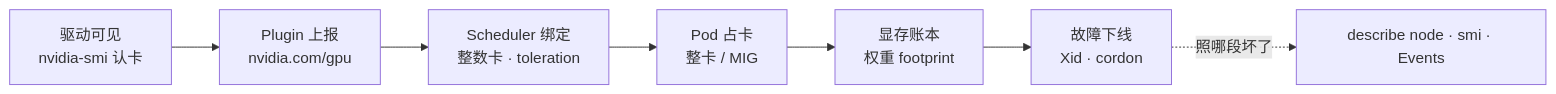
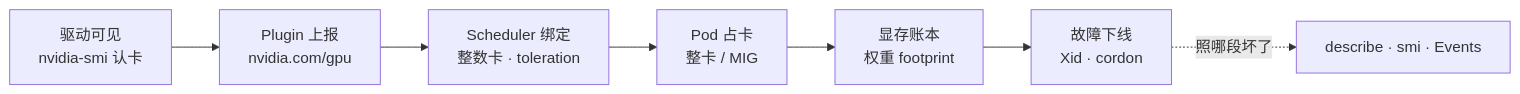
Before and after one commit to ml-cuizijun/LearnToLilith: the first of 7 diagrams in 08-AI与智能运维/08-GPU资源与调度/知识点.md, drawn with Mermaid. The commit also changed other lines of this file and 178 other files, not shown here.

````diff
--- a/08-AI与智能运维/08-GPU资源与调度/知识点.md
+++ b/08-AI与智能运维/08-GPU资源与调度/知识点.md
@@ -38,9 +14,9 @@
 ```mermaid
 flowchart LR
     A["驱动可见<br/>nvidia-smi 认卡"] --> B["Plugin 上报<br/>nvidia.com/gpu"]
     B --> C["Scheduler 绑定<br/>整数卡 · toleration"]
     C --> D["Pod 占卡<br/>整卡 / MIG"]
     D --> E["显存账本<br/>权重 footprint"]
     E --> F["故障下线<br/>Xid · cordon"]
-    F -.->|照哪段坏了| K["describe node · smi · Events"]
+    F -.->|照哪段坏了| K["describe · smi · Events"]
 ```
````
